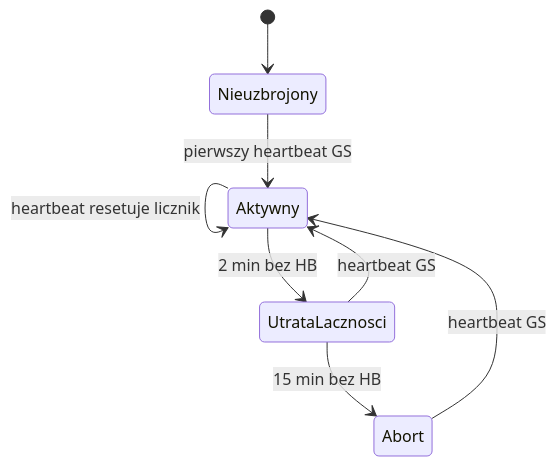
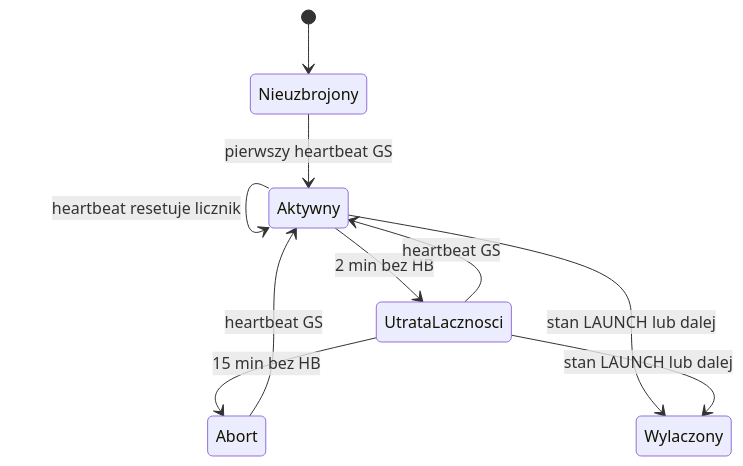
The third of 3 diagrams in apps/ec/radio_service/README.md (Simba-Avionic/srp), drawn with Mermaid before and after one commit. The commit also changed other lines of this file and 15 other files, not shown here.

````diff
--- a/apps/ec/radio_service/README.md
+++ b/apps/ec/radio_service/README.md
@@ -92,10 +92,12 @@
 ```mermaid
 stateDiagram-v2
   [*] --> Nieuzbrojony
   Nieuzbrojony --> Aktywny: pierwszy heartbeat GS
   Aktywny --> Aktywny: heartbeat resetuje licznik
   Aktywny --> UtrataLacznosci: 2 min bez HB
   UtrataLacznosci --> Abort: 15 min bez HB
   UtrataLacznosci --> Aktywny: heartbeat GS
+  Aktywny --> Wylaczony: stan LAUNCH lub dalej
+  UtrataLacznosci --> Wylaczony: stan LAUNCH lub dalej
   Abort --> Aktywny: heartbeat GS
 ```
````
